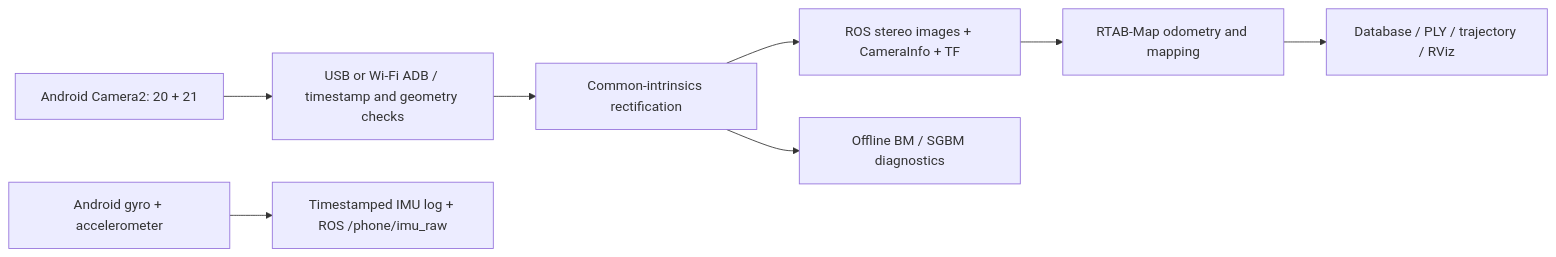
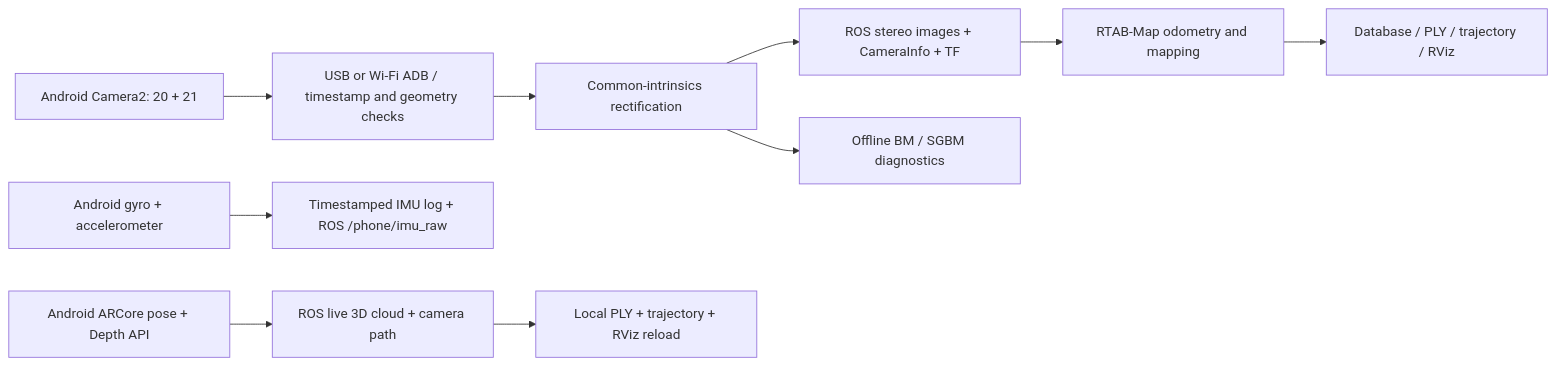
One commit to ilkeacer/phone-stereo-depth changed the diagram in README.md. Above: the diagram before and after it, drawn with Mermaid. The commit also changed other lines of this file and 75 other files, not shown here.

````diff
--- a/README.md
+++ b/README.md
@@ -38,10 +65,12 @@
 ```mermaid
 flowchart LR
     A[Android Camera2: 20 + 21] --> B[USB or Wi-Fi ADB / timestamp and geometry checks]
     I[Android gyro + accelerometer] --> J[Timestamped IMU log + ROS /phone/imu_raw]
     B --> C[Common-intrinsics rectification]
     C --> D[ROS stereo images + CameraInfo + TF]
     D --> E[RTAB-Map odometry and mapping]
     E --> F[Database / PLY / trajectory / RViz]
     C --> G[Offline BM / SGBM diagnostics]
+    H[Android ARCore pose + Depth API] --> K[ROS live 3D cloud + camera path]
+    K --> L[Local PLY + trajectory + RViz reload]
 ```
````
